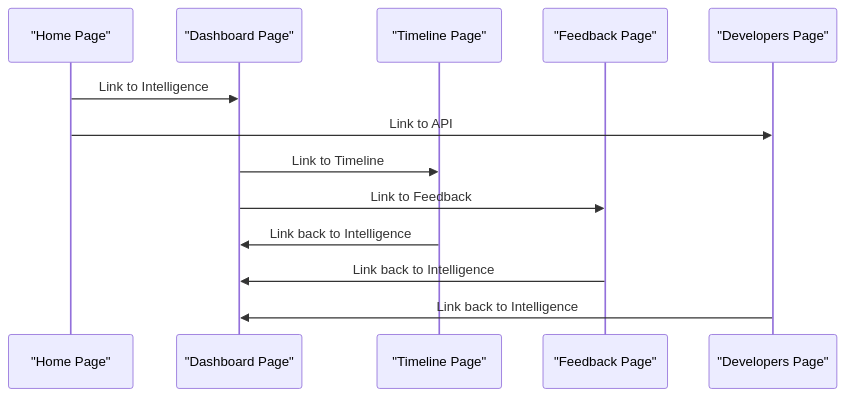
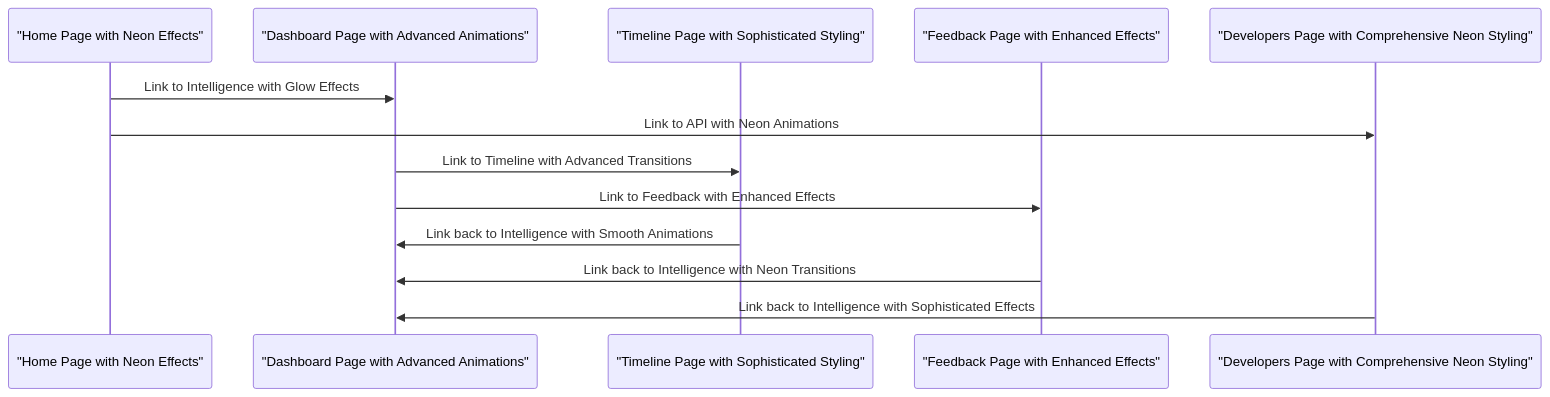
Before and after one commit to Anmo07/Friday: the third of 4 diagrams in .qoder/repowiki/en/content/Frontend Interface/Navigation System.md, drawn with Mermaid. The commit also changed other lines of this file and 931 other files, not shown here.

Commit message:
feat: update dashboard page and regenerate next.js standalone build artifacts

````diff
--- a/.qoder/repowiki/en/content/Frontend Interface/Navigation System.md
+++ b/.qoder/repowiki/en/content/Frontend Interface/Navigation System.md
@@ -218,15 +208,15 @@
 ```mermaid
 sequenceDiagram
-participant Home as "Home Page"
-participant Dashboard as "Dashboard Page"
-participant Timeline as "Timeline Page"
-participant Feedback as "Feedback Page"
-participant Developers as "Developers Page"
-Home->>Dashboard : Link to Intelligence
-Home->>Developers : Link to API
-Dashboard->>Timeline : Link to Timeline
-Dashboard->>Feedback : Link to Feedback
-Timeline->>Dashboard : Link back to Intelligence
-Feedback->>Dashboard : Link back to Intelligence
-Developers->>Dashboard : Link back to Intelligence
+participant Home as "Home Page with Neon Effects"
+participant Dashboard as "Dashboard Page with Advanced Animations"
+participant Timeline as "Timeline Page with Sophisticated Styling"
+participant Feedback as "Feedback Page with Enhanced Effects"
+participant Developers as "Developers Page with Comprehensive Neon Styling"
+Home->>Dashboard : Link to Intelligence with Glow Effects
+Home->>Developers : Link to API with Neon Animations
+Dashboard->>Timeline : Link to Timeline with Advanced Transitions
+Dashboard->>Feedback : Link to Feedback with Enhanced Effects
+Timeline->>Dashboard : Link back to Intelligence with Smooth Animations
+Feedback->>Dashboard : Link back to Intelligence with Neon Transitions
+Developers->>Dashboard : Link back to Intelligence with Sophisticated Effects
 ```
````
